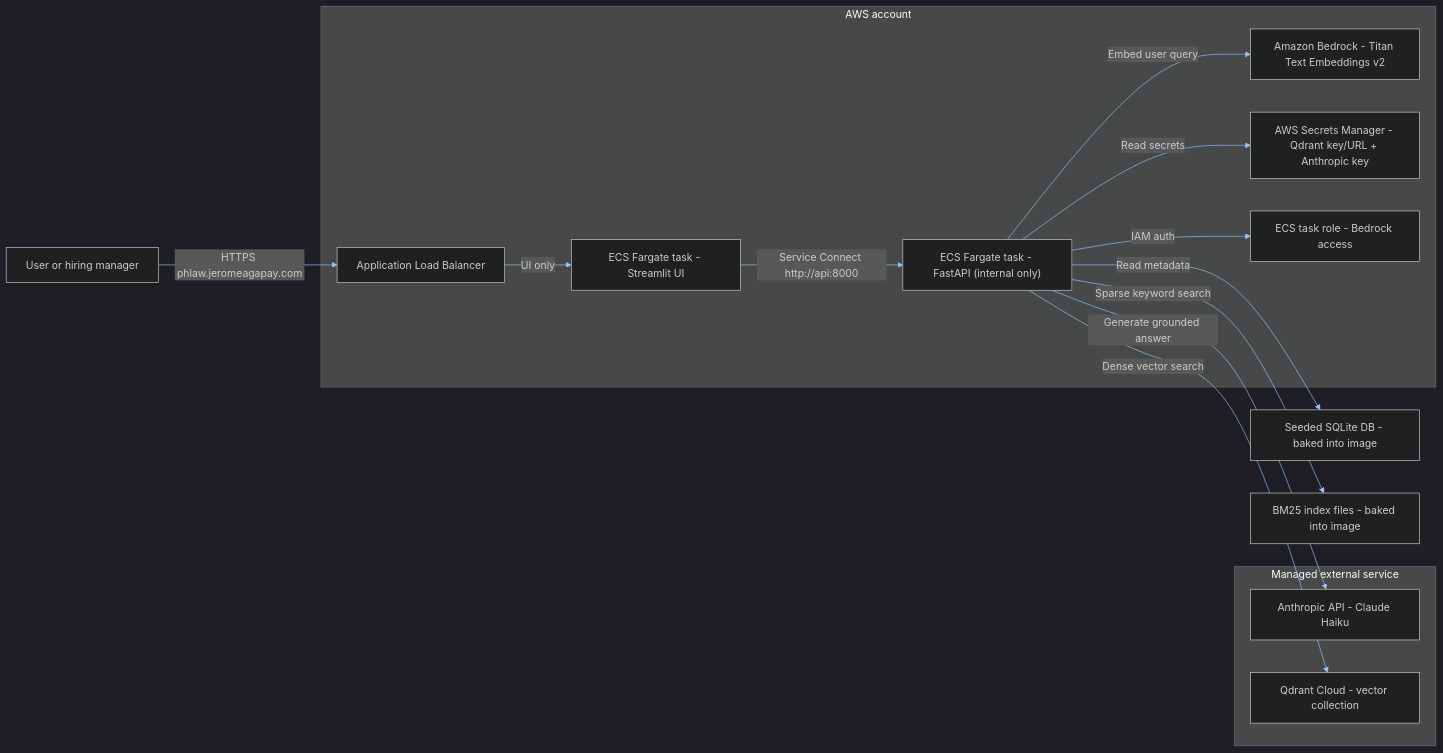
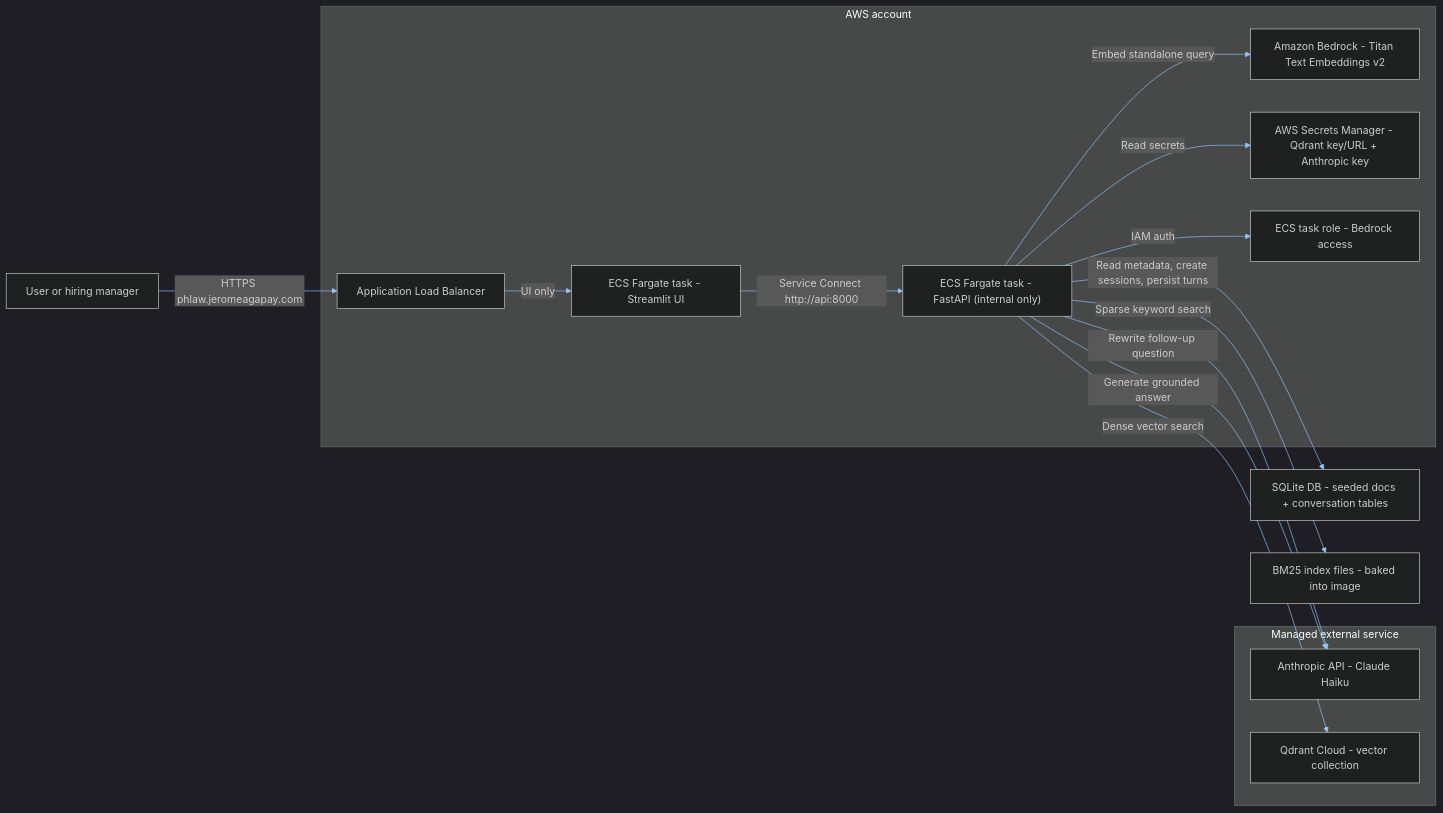
The first of 3 diagrams in docs/aws_deployment_diagram.md (r-ome/ph-law-rag), drawn with Mermaid before and after one commit. The commit also changed other lines of this file and 16 other files, not shown here.

````diff
--- a/docs/aws_deployment_diagram.md
+++ b/docs/aws_deployment_diagram.md
@@ -9,31 +9,32 @@
 ```mermaid
 %%{init: {"theme": "dark", "themeVariables": {"background": "#111827", "primaryColor": "#1f2937", "primaryTextColor": "#f9fafb", "primaryBorderColor": "#60a5fa", "lineColor": "#93c5fd", "secondaryColor": "#111827", "tertiaryColor": "#374151"}}}%%
 flowchart LR
     user["User or hiring manager"] -->|HTTPS phlaw.jeromeagapay.com| alb["Application Load Balancer"]
 
     alb -->|UI only| ui["ECS Fargate task - Streamlit UI"]
 
     ui -->|Service Connect http://api:8000| api["ECS Fargate task - FastAPI (internal only)"]
 
-    api -->|Embed user query| titan["Amazon Bedrock - Titan Text Embeddings v2"]
+    api -->|Read metadata, create sessions, persist turns| sqlite["SQLite DB - seeded docs + conversation tables"]
+    api -->|Rewrite follow-up question| anthropic
+    api -->|Embed standalone query| titan["Amazon Bedrock - Titan Text Embeddings v2"]
     api -->|Generate grounded answer| anthropic["Anthropic API - Claude Haiku"]
     api -->|Dense vector search| qdrant["Qdrant Cloud - vector collection"]
-    api -->|Read metadata| sqlite["Seeded SQLite DB - baked into image"]
     api -->|Sparse keyword search| bm25["BM25 index files - baked into image"]
     api -->|Read secrets| secrets["AWS Secrets Manager - Qdrant key/URL + Anthropic key"]
     api -->|IAM auth| taskRole["ECS task role - Bedrock access"]
 
     subgraph aws["AWS account"]
         alb
         ui
         api
         secrets
         taskRole
         titan
     end
 
     subgraph managed["Managed external service"]
         qdrant
         anthropic
     end
 ```
````
